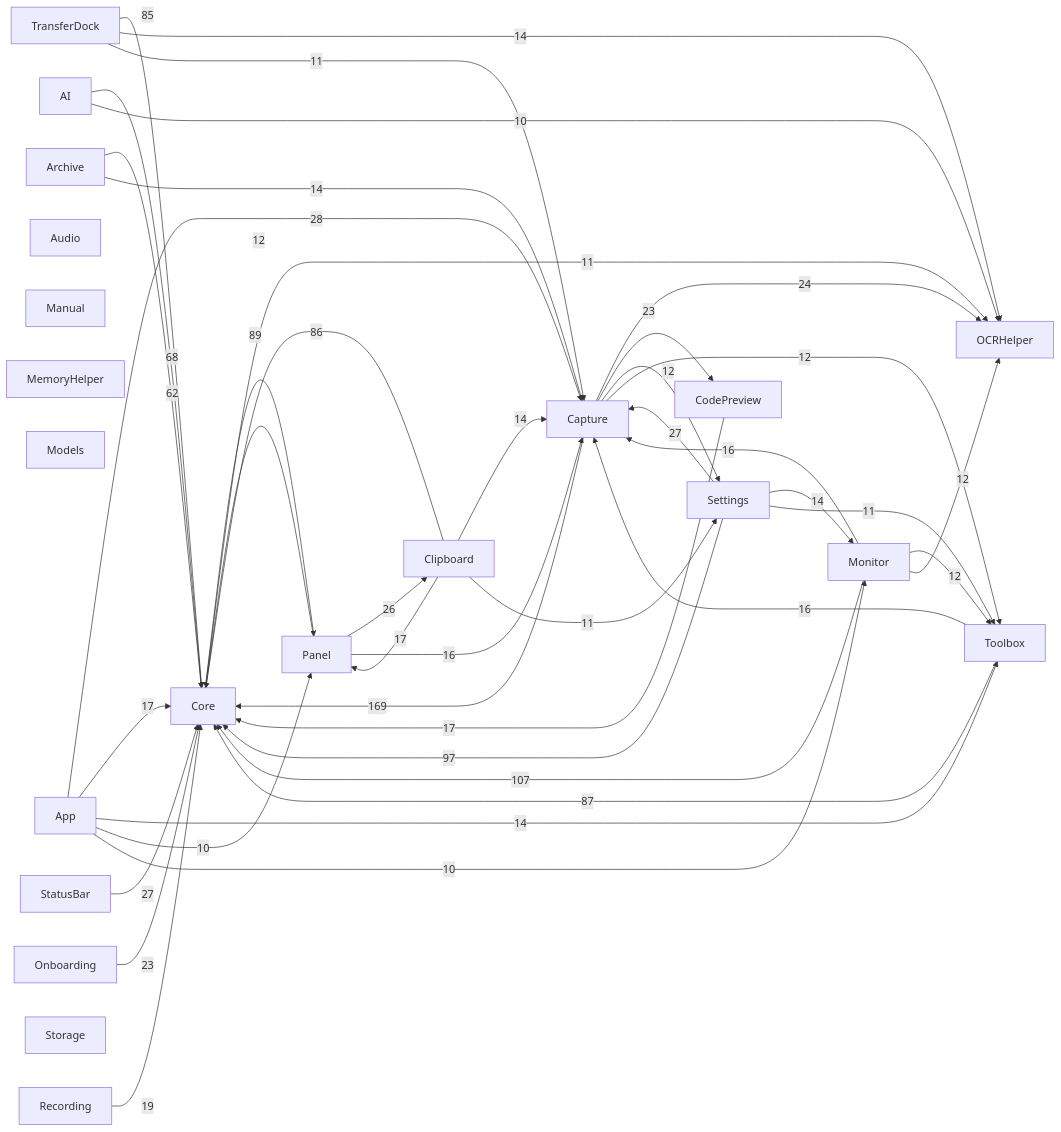
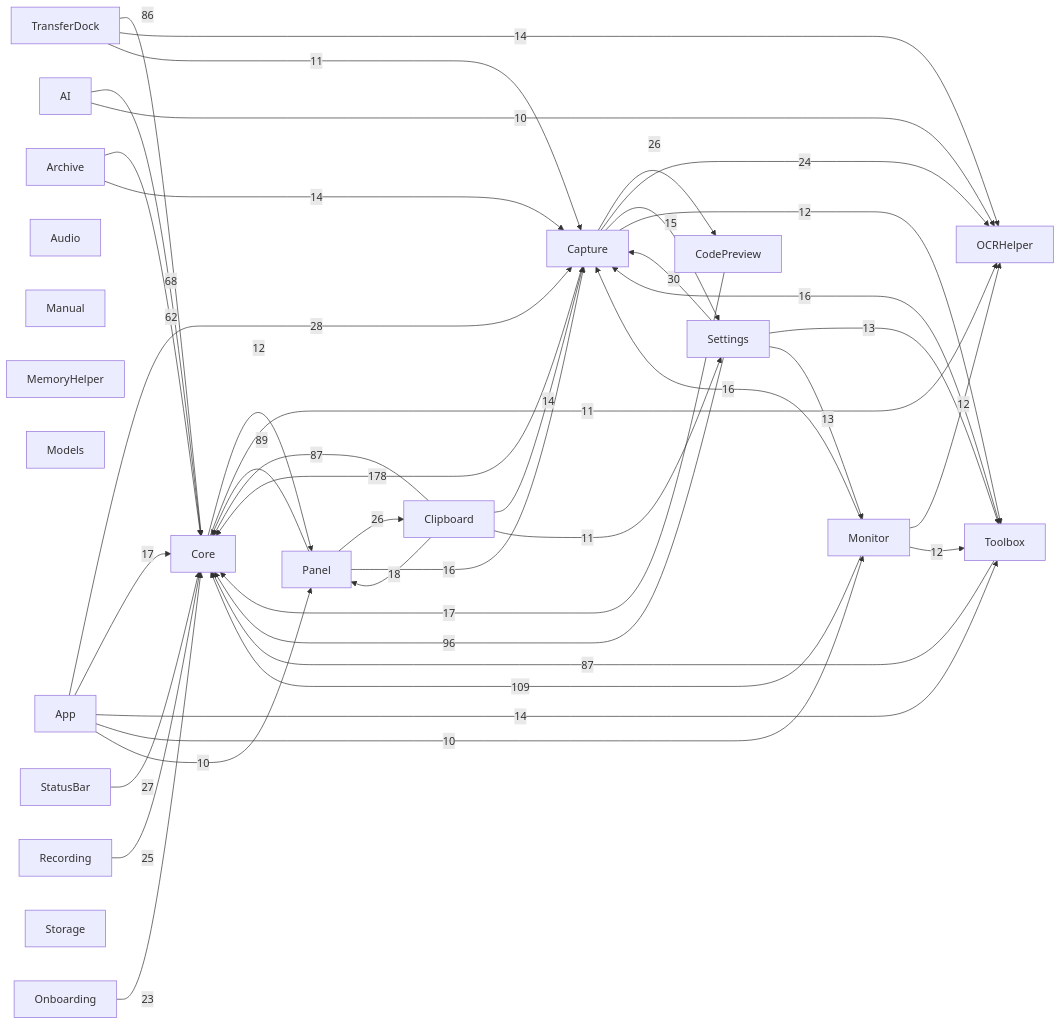
Before and after one commit to sxyq/Kitnest: the diagram in docs/00-总览/模块依赖图.md, drawn with Mermaid. The commit also changed other lines of this file and 4 other files, not shown here.

````diff
--- a/docs/00-总览/模块依赖图.md
+++ b/docs/00-总览/模块依赖图.md
@@ -35,64 +35,64 @@
 ```mermaid
 flowchart LR
   M0["AI"]
   M1["App"]
   M2["Archive"]
   M3["Audio"]
   M4["Capture"]
   M5["Clipboard"]
   M6["CodePreview"]
   M7["Core"]
   M8["Manual"]
   M9["MemoryHelper"]
   M10["Models"]
   M11["Monitor"]
   M12["OCRHelper"]
   M13["Onboarding"]
   M14["Panel"]
   M15["Recording"]
   M16["Settings"]
   M17["StatusBar"]
   M18["Storage"]
   M19["Toolbox"]
   M20["TransferDock"]
-  M4 -->|169| M7
-  M11 -->|107| M7
-  M16 -->|97| M7
+  M4 -->|178| M7
+  M11 -->|109| M7
+  M16 -->|96| M7
   M14 -->|89| M7
   M19 -->|87| M7
-  M5 -->|86| M7
-  M20 -->|85| M7
+  M5 -->|87| M7
+  M20 -->|86| M7
   M0 -->|68| M7
   M2 -->|62| M7
+  M16 -->|30| M4
   M1 -->|28| M4
-  M16 -->|27| M4
   M17 -->|27| M7
+  M4 -->|26| M6
   M14 -->|26| M5
+  M15 -->|25| M7
   M4 -->|24| M12
-  M4 -->|23| M6
   M13 -->|23| M7
-  M15 -->|19| M7
+  M5 -->|18| M14
   M1 -->|17| M7
   M6 -->|17| M7
-  M5 -->|17| M14
   M11 -->|16| M4
   M14 -->|16| M4
   M19 -->|16| M4
+  M4 -->|15| M16
   M1 -->|14| M19
-  M16 -->|14| M11
   M2 -->|14| M4
   M20 -->|14| M12
   M5 -->|14| M4
+  M16 -->|13| M19
+  M16 -->|13| M11
   M7 -->|12| M14
-  M4 -->|12| M16
   M4 -->|12| M19
+  M11 -->|12| M12
   M11 -->|12| M19
-  M11 -->|12| M12
   M7 -->|11| M12
-  M16 -->|11| M19
   M20 -->|11| M4
   M5 -->|11| M16
+  M1 -->|10| M11
   M1 -->|10| M14
-  M1 -->|10| M11
   M0 -->|10| M12
 ```
````
